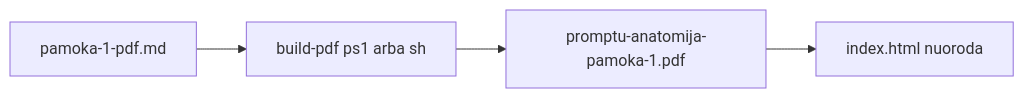
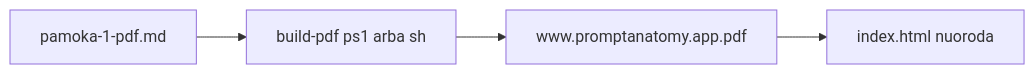
The first of 3 diagrams in .cursor/skills/data-agent/reference.md (DITreneris/lead), drawn with Mermaid before and after one commit. The commit also changed 12 other files, not shown here.

````diff
--- a/.cursor/skills/data-agent/reference.md
+++ b/.cursor/skills/data-agent/reference.md
@@ -7,10 +7,10 @@
 ```mermaid
 flowchart LR
   mdSource[pamoka-1-pdf.md]
   buildScript[build-pdf ps1 arba sh]
-  pdfAsset[promptu-anatomija-pamoka-1.pdf]
+  pdfAsset[www.promptanatomy.app.pdf]
   indexPage[index.html nuoroda]
   mdSource --> buildScript
   buildScript --> pdfAsset
   pdfAsset --> indexPage
 ```
````
